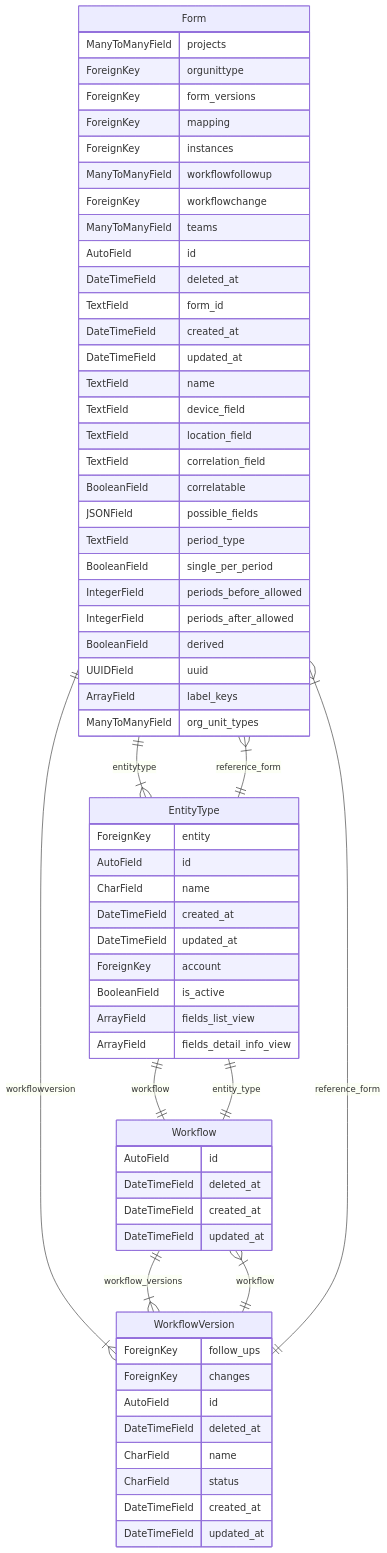
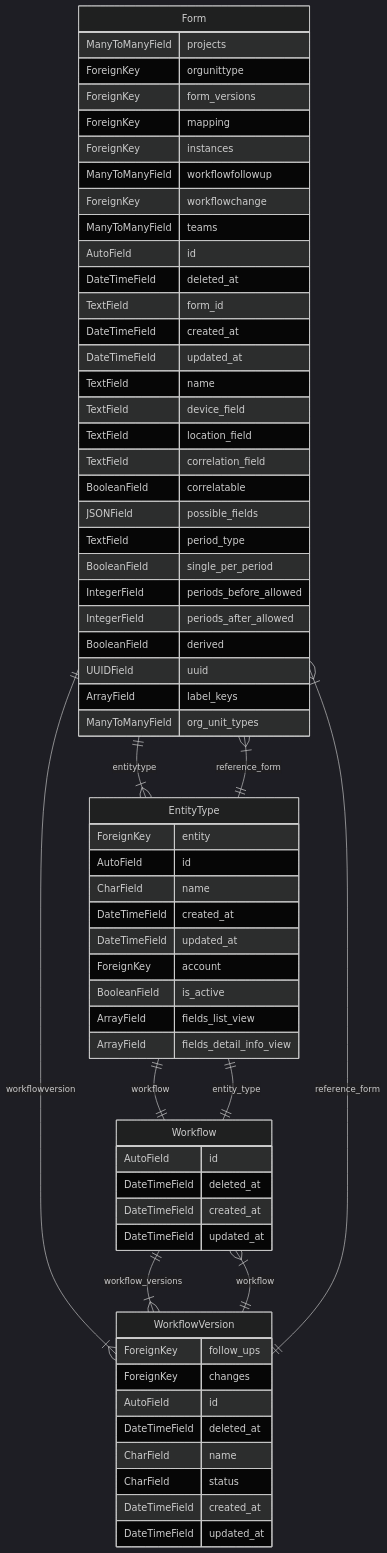
One commit to olethanh/iaso changed the diagram in workflows.md. Above: the diagram before and after it, drawn with Mermaid.

Commit message:
Temporary add mermaid script

````diff
--- a/workflows.md
+++ b/workflows.md
@@ -3,67 +3,68 @@
 ```mermaid
+%%{init: {'theme': 'dark' } }%%
 erDiagram
 Form{
 ManyToManyField projects
 ForeignKey orgunittype
 ForeignKey form_versions
 ForeignKey mapping
 ForeignKey instances
 ManyToManyField workflowfollowup
 ForeignKey workflowchange
 ManyToManyField teams
 AutoField id
 DateTimeField deleted_at
 TextField form_id
 DateTimeField created_at
 DateTimeField updated_at
 TextField name
 TextField device_field
 TextField location_field
 TextField correlation_field
 BooleanField correlatable
 JSONField possible_fields
 TextField period_type
 BooleanField single_per_period
 IntegerField periods_before_allowed
 IntegerField periods_after_allowed
 BooleanField derived
 UUIDField uuid
 ArrayField label_keys
 ManyToManyField org_unit_types
 }
 EntityType{
 ForeignKey entity
 AutoField id
 CharField name
 DateTimeField created_at
 DateTimeField updated_at
 ForeignKey account
 BooleanField is_active
 ArrayField fields_list_view
 ArrayField fields_detail_info_view
 }
 Workflow{
 AutoField id
 DateTimeField deleted_at
 DateTimeField created_at
 DateTimeField updated_at
 }
 WorkflowVersion{
 ForeignKey follow_ups
 ForeignKey changes
 AutoField id
 DateTimeField deleted_at
 CharField name
 CharField status
 DateTimeField created_at
 DateTimeField updated_at
 }
 Form||--|{EntityType : entitytype
 Form||--|{WorkflowVersion : workflowversion
 EntityType||--||Workflow : workflow
 EntityType||--|{Form : reference_form
 Workflow||--|{WorkflowVersion : workflow_versions
 Workflow||--||EntityType : entity_type
 WorkflowVersion||--|{Workflow : workflow
 WorkflowVersion||--|{Form : reference_form
 ```
````
